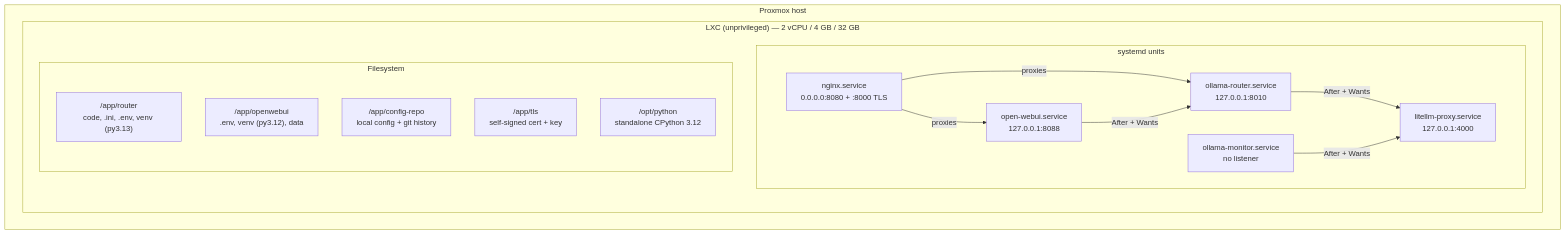
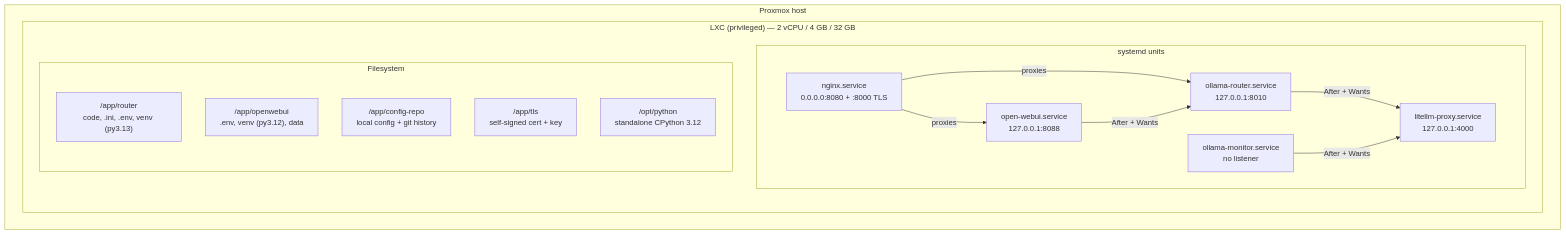
Before and after one commit to wwarren/osr: the second of 5 diagrams in ARCHITECTURE.md, drawn with Mermaid. The commit also changed other lines of this file and 2 other files, not shown here.

````diff
--- a/ARCHITECTURE.md
+++ b/ARCHITECTURE.md
@@ -99,28 +100,28 @@
 ```mermaid
 flowchart TB
     subgraph host["Proxmox host"]
-        subgraph ctr["LXC (unprivileged) — 2 vCPU / 4 GB / 32 GB"]
+        subgraph ctr["LXC (privileged) — 2 vCPU / 4 GB / 32 GB"]
             direction TB
             subgraph units["systemd units"]
                 N["nginx.service<br/>0.0.0.0:8080 + :8000 TLS"]
                 A["open-webui.service<br/>127.0.0.1:8088"]
                 B["ollama-router.service<br/>127.0.0.1:8010"]
                 C["litellm-proxy.service<br/>127.0.0.1:4000"]
                 D["ollama-monitor.service<br/>no listener"]
             end
             subgraph fs["Filesystem"]
                 E["/app/router<br/>code, .ini, .env, venv (py3.13)"]
                 F["/app/openwebui<br/>.env, venv (py3.12), data"]
                 G["/app/config-repo<br/>local config + git history"]
                 T["/app/tls<br/>self-signed cert + key"]
                 H["/opt/python<br/>standalone CPython 3.12"]
             end
         end
     end
 
     N -->|proxies| A
     N -->|proxies| B
     A -->|"After + Wants"| B
     B -->|"After + Wants"| C
     D -->|"After + Wants"| C
 ```
````
